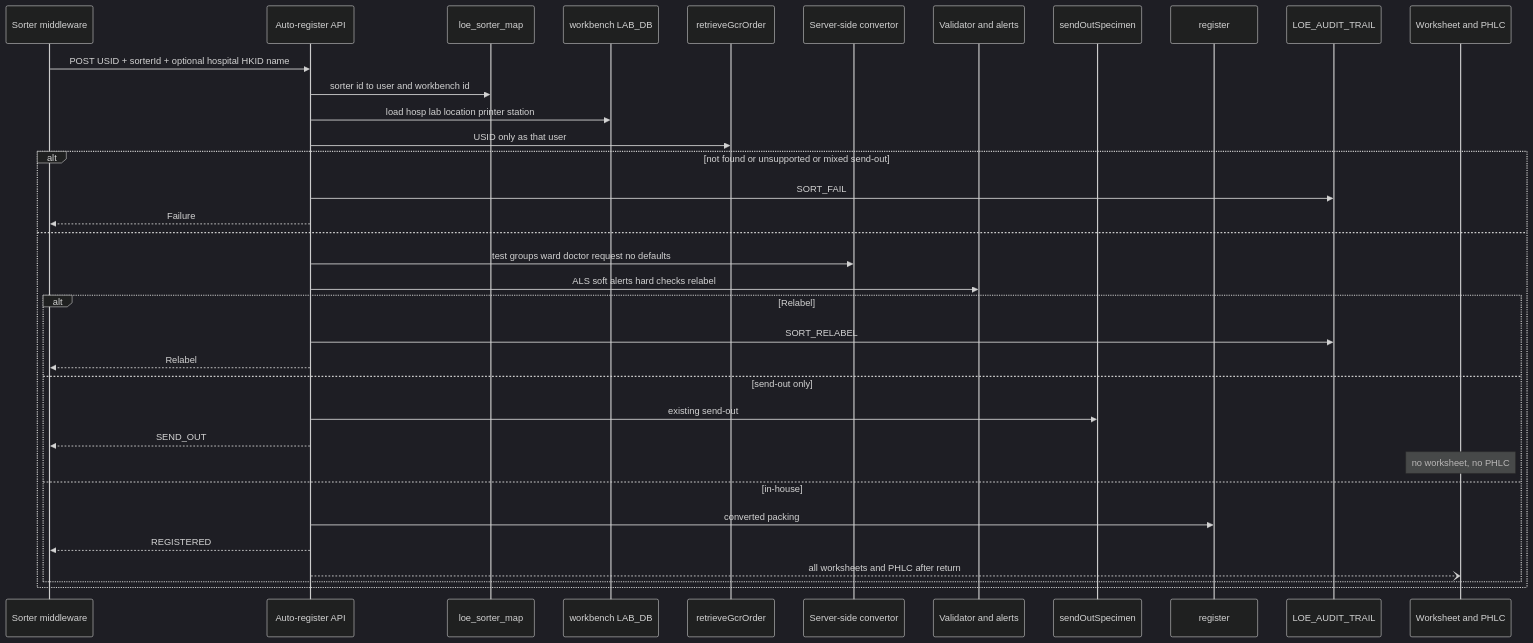
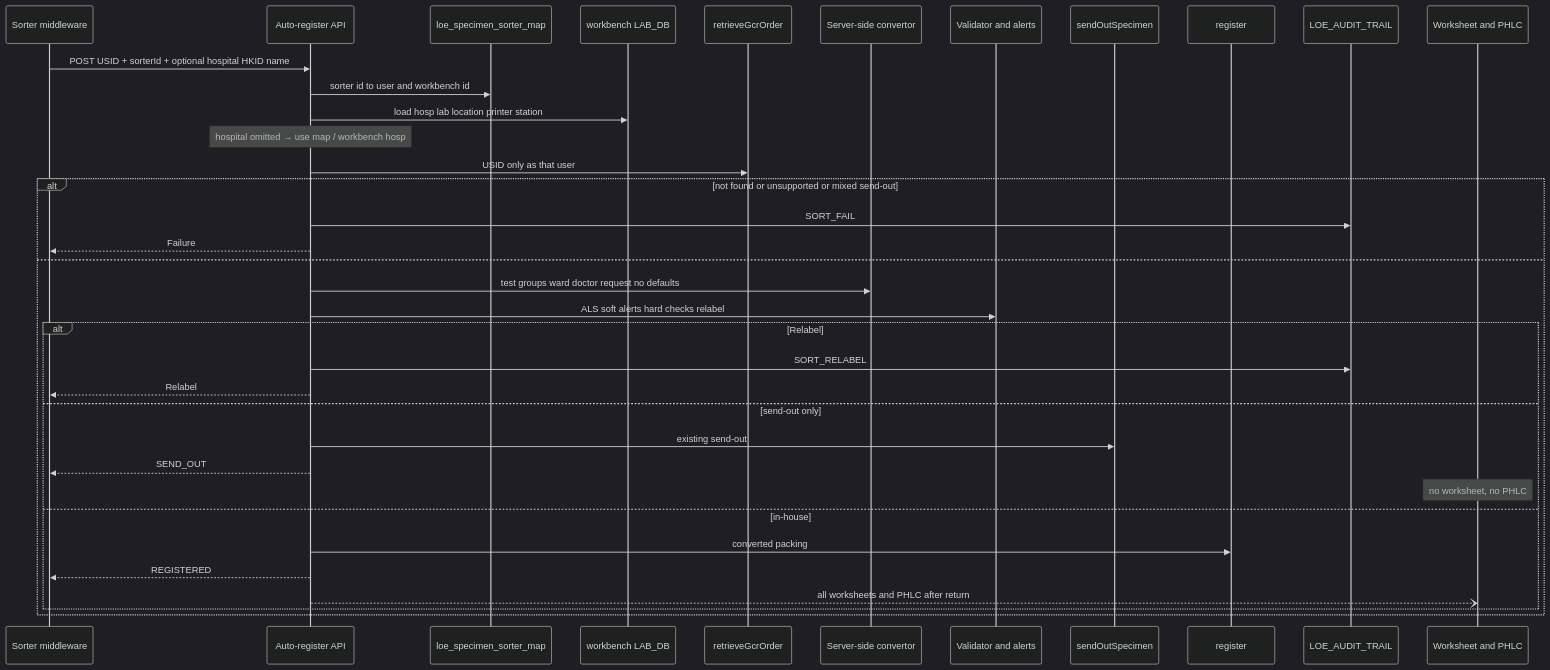
Before and after one commit to DragonChong/HA-Notes: the first of 2 diagrams in SDLC/Projects/TMP-specimen-sorter-api — Specimen Sorter API/02 System Design.md, drawn with Mermaid (dark theme). The commit also changed other lines of this file and 1 other file, not shown here.

````diff
--- a/SDLC/Projects/TMP-specimen-sorter-api — Specimen Sorter API/02 System Design.md
+++ b/SDLC/Projects/TMP-specimen-sorter-api — Specimen Sorter API/02 System Design.md
@@ -78,38 +67,39 @@
 ```mermaid
 sequenceDiagram
     participant MW as Sorter middleware
     participant API as Auto-register API
-    participant Map as loe_sorter_map
+    participant Map as loe_specimen_sorter_map
     participant WB as workbench LAB_DB
     participant Ret as retrieveGcrOrder
     participant Cvt as Server-side convertor
     participant Val as Validator and alerts
     participant SO as sendOutSpecimen
     participant Reg as register
     participant Aud as LOE_AUDIT_TRAIL
     participant Prn as Worksheet and PHLC
 
     MW->>API: POST USID + sorterId + optional hospital HKID name
     API->>Map: sorter id to user and workbench id
     API->>WB: load hosp lab location printer station
+    Note over API: hospital omitted → use map / workbench hosp
     API->>Ret: USID only as that user
     alt not found or unsupported or mixed send-out
         API->>Aud: SORT_FAIL
         API-->>MW: Failure
     else
         API->>Cvt: test groups ward doctor request no defaults
         API->>Val: ALS soft alerts hard checks relabel
         alt Relabel
             API->>Aud: SORT_RELABEL
             API-->>MW: Relabel
         else send-out only
             API->>SO: existing send-out
             API-->>MW: SEND_OUT
             Note over Prn: no worksheet, no PHLC
         else in-house
             API->>Reg: converted packing
             API-->>MW: REGISTERED
             API--)Prn: all worksheets and PHLC after return
         end
     end
 ```
````
